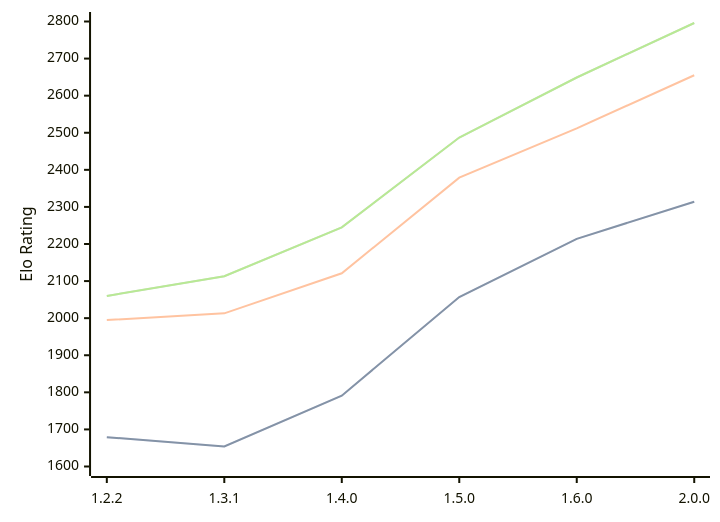
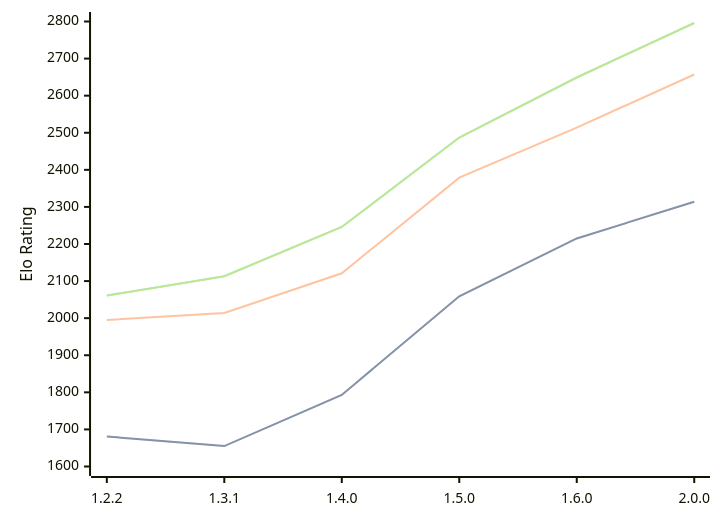
Before and after one commit to computer-chess-index/cci: the diagram in engines/SoloEngine.md, drawn with Mermaid. The commit also changed other lines of this file, not shown here.

Commit message:
Update CCI Ratings (ELO VLTC) - 2026-04-19

````diff
--- a/engines/SoloEngine.md
+++ b/engines/SoloEngine.md
@@ -37,11 +37,11 @@
 ```mermaid
 %%{init: {"theme":"base","themeVariables":{"seriesColors:['#a3a3a3','#222221','#faa371']}}}%%
 xychart-beta
   x-axis ["1.2.2", "1.3.1", "1.4.0", "1.5.0", "1.6.0", "2.0.0"]
   y-axis "Elo Rating" 1600 --> 2800
-  line "STC (8.0+0.08s)" [1679, 1654, 1791, 2057, 2214, 2314]
-  line "STC (8.0+0.08s)" [1679, 1654, 1791, 2057, 2214, 2314]
-  line "LTC (60.0+0.60s)" [1995, 2013, 2121, 2379, 2512, 2655]
-  line "VLTC (2m24s+1.12s)" [2060, 2113, 2245, 2487, 2649, 2796]
-  line "VLTC (2m24s+1.12s)" [2060, 2113, 2245, 2487, 2649, 2796]
+  line "STC (8.0+0.08s)" [1681, 1655, 1793, 2059, 2215, 2314]
+  line "STC (8.0+0.08s)" [1681, 1655, 1793, 2059, 2215, 2314]
+  line "LTC (60.0+0.60s)" [1995, 2014, 2121, 2379, 2514, 2657]
+  line "VLTC (2m24s+1.12s)" [2061, 2113, 2246, 2487, 2649, 2796]
+  line "VLTC (2m24s+1.12s)" [2061, 2113, 2246, 2487, 2649, 2796]
 ```
````
